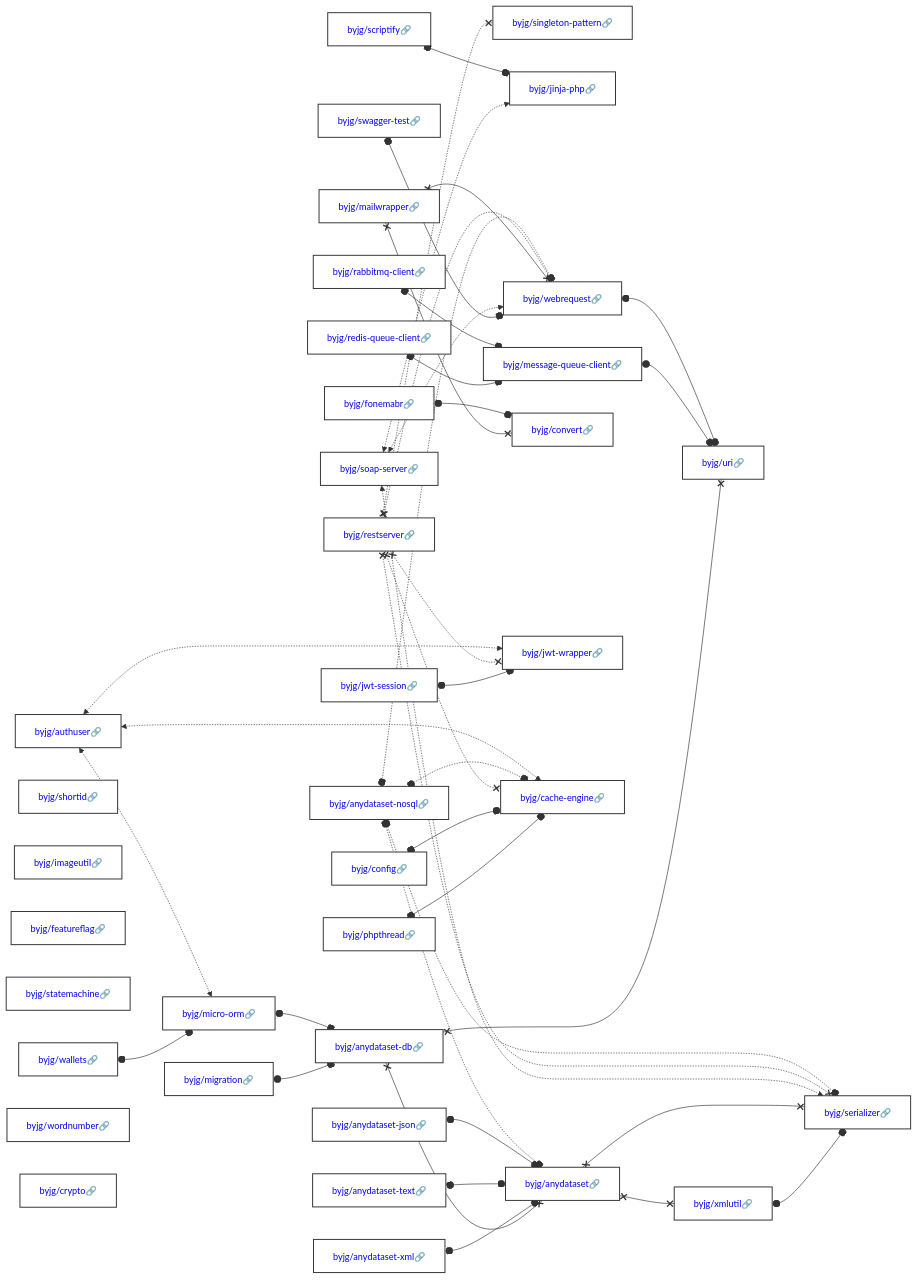
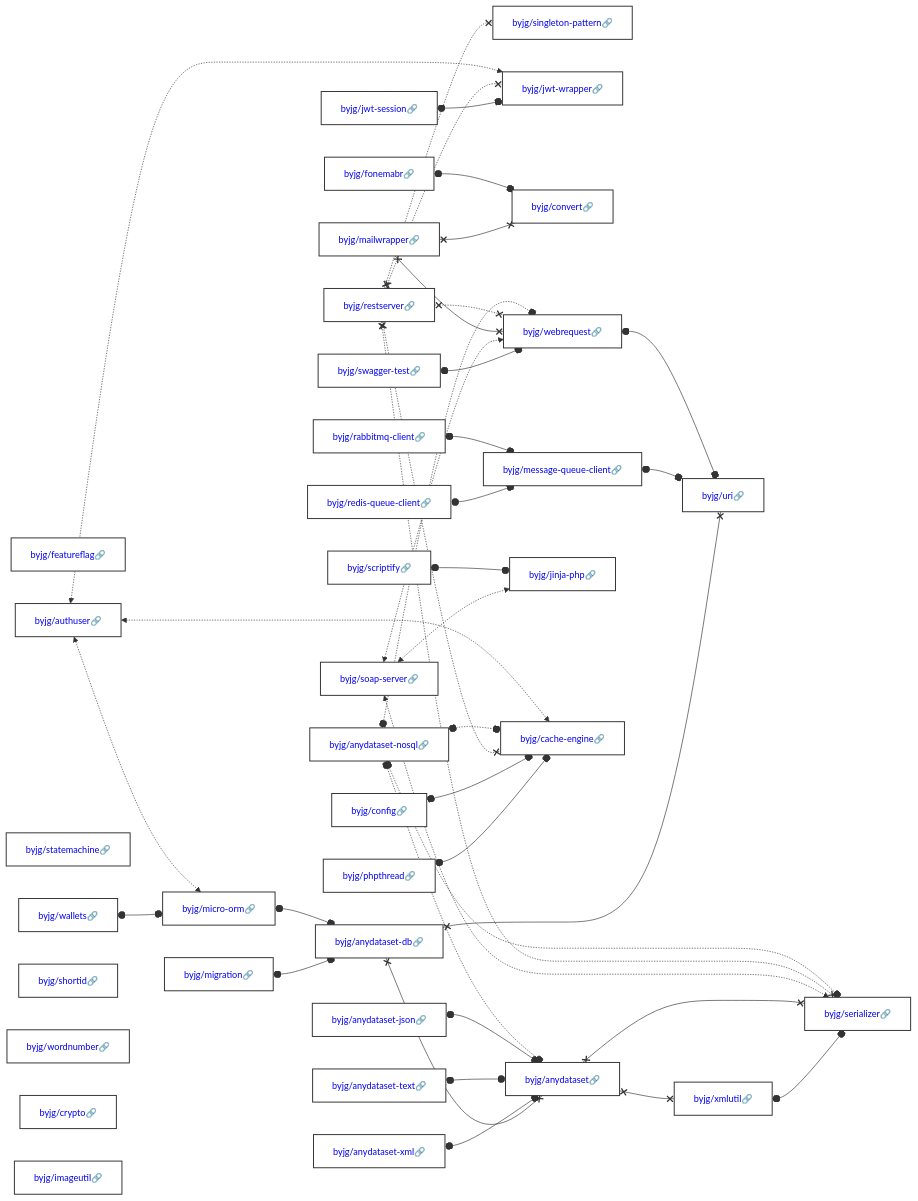
The diagram in docs/php/README.md (byjg/byjg.github.io), drawn with Mermaid before and after one commit. The commit also changed other lines of this file and 36 other files, not shown here.

Commit message:
Update documentation 'php' 'php-rest-reference-architecture'

````diff
--- a/docs/php/README.md
+++ b/docs/php/README.md
@@ -3,36 +3,36 @@
 ```mermaid
 graph LR;
+  byjg/soap-server[<a href='https://opensource.byjg.com/docs/php/soap-server' style='text-decoration:none'>byjg/soap-server🔗</a>];
+  byjg/featureflag[<a href='https://opensource.byjg.com/docs/php/featureflag' style='text-decoration:none'>byjg/featureflag🔗</a>];
   byjg/restserver[<a href='https://opensource.byjg.com/docs/php/restserver' style='text-decoration:none'>byjg/restserver🔗</a>];
-  byjg/rabbitmq-client[<a href='https://opensource.byjg.com/docs/php/rabbitmq-client' style='text-decoration:none'>byjg/rabbitmq-client🔗</a>];
+  byjg/authuser[<a href='https://opensource.byjg.com/docs/php/authuser' style='text-decoration:none'>byjg/authuser🔗</a>];
+  byjg/jwt-session[<a href='https://opensource.byjg.com/docs/php/jwt-session' style='text-decoration:none'>byjg/jwt-session🔗</a>];
+  byjg/fonemabr[<a href='https://opensource.byjg.com/docs/php/fonemabr' style='text-decoration:none'>byjg/fonemabr🔗</a>];
+  byjg/anydataset-text[<a href='https://opensource.byjg.com/docs/php/anydataset-text' style='text-decoration:none'>byjg/anydataset-text🔗</a>];
+  byjg/anydataset-json[<a href='https://opensource.byjg.com/docs/php/anydataset-json' style='text-decoration:none'>byjg/anydataset-json🔗</a>];
+  byjg/phpthread[<a href='https://opensource.byjg.com/docs/php/phpthread' style='text-decoration:none'>byjg/phpthread🔗</a>];
+  byjg/anydataset-nosql[<a href='https://opensource.byjg.com/docs/php/anydataset-nosql' style='text-decoration:none'>byjg/anydataset-nosql🔗</a>];
   byjg/mailwrapper[<a href='https://opensource.byjg.com/docs/php/mailwrapper' style='text-decoration:none'>byjg/mailwrapper🔗</a>];
-  byjg/scriptify[<a href='https://opensource.byjg.com/docs/php/scriptify' style='text-decoration:none'>byjg/scriptify🔗</a>];
-  byjg/migration[<a href='https://opensource.byjg.com/docs/php/migration' style='text-decoration:none'>byjg/migration🔗</a>];
-  byjg/authuser[<a href='https://opensource.byjg.com/docs/php/authuser' style='text-decoration:none'>byjg/authuser🔗</a>];
-  byjg/anydataset-json[<a href='https://opensource.byjg.com/docs/php/anydataset-json' style='text-decoration:none'>byjg/anydataset-json🔗</a>];
-  byjg/soap-server[<a href='https://opensource.byjg.com/docs/php/soap-server' style='text-decoration:none'>byjg/soap-server🔗</a>];
-  byjg/anydataset-nosql[<a href='https://opensource.byjg.com/docs/php/anydataset-nosql' style='text-decoration:none'>byjg/anydataset-nosql🔗</a>];
-  byjg/shortid[<a href='https://opensource.byjg.com/docs/php/shortid' style='text-decoration:none'>byjg/shortid🔗</a>];
-  byjg/imageutil[<a href='https://opensource.byjg.com/docs/php/imageutil' style='text-decoration:none'>byjg/imageutil🔗</a>];
-  byjg/redis-queue-client[<a href='https://opensource.byjg.com/docs/php/redis-queue-client' style='text-decoration:none'>byjg/redis-queue-client🔗</a>];
-  byjg/swagger-test[<a href='https://opensource.byjg.com/docs/php/swagger-test' style='text-decoration:none'>byjg/swagger-test🔗</a>];
-  byjg/config[<a href='https://opensource.byjg.com/docs/php/config' style='text-decoration:none'>byjg/config🔗</a>];
-  byjg/featureflag[<a href='https://opensource.byjg.com/docs/php/featureflag' style='text-decoration:none'>byjg/featureflag🔗</a>];
   byjg/anydataset-xml[<a href='https://opensource.byjg.com/docs/php/anydataset-xml' style='text-decoration:none'>byjg/anydataset-xml🔗</a>];
   byjg/statemachine[<a href='https://opensource.byjg.com/docs/php/statemachine' style='text-decoration:none'>byjg/statemachine🔗</a>];
-  byjg/anydataset-text[<a href='https://opensource.byjg.com/docs/php/anydataset-text' style='text-decoration:none'>byjg/anydataset-text🔗</a>];
+  byjg/redis-queue-client[<a href='https://opensource.byjg.com/docs/php/redis-queue-client' style='text-decoration:none'>byjg/redis-queue-client🔗</a>];
+  byjg/rabbitmq-client[<a href='https://opensource.byjg.com/docs/php/rabbitmq-client' style='text-decoration:none'>byjg/rabbitmq-client🔗</a>];
   byjg/wallets[<a href='https://opensource.byjg.com/docs/php/wallets' style='text-decoration:none'>byjg/wallets🔗</a>];
+  byjg/shortid[<a href='https://opensource.byjg.com/docs/php/shortid' style='text-decoration:none'>byjg/shortid🔗</a>];
   byjg/wordnumber[<a href='https://opensource.byjg.com/docs/php/wordnumber' style='text-decoration:none'>byjg/wordnumber🔗</a>];
   byjg/crypto[<a href='https://opensource.byjg.com/docs/php/crypto' style='text-decoration:none'>byjg/crypto🔗</a>];
-  byjg/fonemabr[<a href='https://opensource.byjg.com/docs/php/fonemabr' style='text-decoration:none'>byjg/fonemabr🔗</a>];
-  byjg/jwt-session[<a href='https://opensource.byjg.com/docs/php/jwt-session' style='text-decoration:none'>byjg/jwt-session🔗</a>];
-  byjg/phpthread[<a href='https://opensource.byjg.com/docs/php/phpthread' style='text-decoration:none'>byjg/phpthread🔗</a>];
+  byjg/migration[<a href='https://opensource.byjg.com/docs/php/migration' style='text-decoration:none'>byjg/migration🔗</a>];
+  byjg/swagger-test[<a href='https://opensource.byjg.com/docs/php/swagger-test' style='text-decoration:none'>byjg/swagger-test🔗</a>];
+  byjg/imageutil[<a href='https://opensource.byjg.com/docs/php/imageutil' style='text-decoration:none'>byjg/imageutil🔗</a>];
+  byjg/scriptify[<a href='https://opensource.byjg.com/docs/php/scriptify' style='text-decoration:none'>byjg/scriptify🔗</a>];
+  byjg/config[<a href='https://opensource.byjg.com/docs/php/config' style='text-decoration:none'>byjg/config🔗</a>];
   byjg/singleton-pattern[<a href='https://opensource.byjg.com/docs/php/singleton-pattern' style='text-decoration:none'>byjg/singleton-pattern🔗</a>];
+  byjg/jwt-wrapper[<a href='https://opensource.byjg.com/docs/php/jwt-wrapper' style='text-decoration:none'>byjg/jwt-wrapper🔗</a>];
+  byjg/convert[<a href='https://opensource.byjg.com/docs/php/convert' style='text-decoration:none'>byjg/convert🔗</a>];
+  byjg/message-queue-client[<a href='https://opensource.byjg.com/docs/php/message-queue-client' style='text-decoration:none'>byjg/message-queue-client🔗</a>];
+  byjg/micro-orm[<a href='https://opensource.byjg.com/docs/php/micro-orm' style='text-decoration:none'>byjg/micro-orm🔗</a>];
+  byjg/webrequest[<a href='https://opensource.byjg.com/docs/php/webrequest' style='text-decoration:none'>byjg/webrequest🔗</a>];
   byjg/jinja-php[<a href='https://opensource.byjg.com/docs/php/jinja-php' style='text-decoration:none'>byjg/jinja-php🔗</a>];
-  byjg/message-queue-client[<a href='https://opensource.byjg.com/docs/php/message-queue-client' style='text-decoration:none'>byjg/message-queue-client🔗</a>];
-  byjg/webrequest[<a href='https://opensource.byjg.com/docs/php/webrequest' style='text-decoration:none'>byjg/webrequest🔗</a>];
-  byjg/micro-orm[<a href='https://opensource.byjg.com/docs/php/micro-orm' style='text-decoration:none'>byjg/micro-orm🔗</a>];
-  byjg/convert[<a href='https://opensource.byjg.com/docs/php/convert' style='text-decoration:none'>byjg/convert🔗</a>];
-  byjg/jwt-wrapper[<a href='https://opensource.byjg.com/docs/php/jwt-wrapper' style='text-decoration:none'>byjg/jwt-wrapper🔗</a>];
   byjg/cache-engine[<a href='https://opensource.byjg.com/docs/php/cache-engine' style='text-decoration:none'>byjg/cache-engine🔗</a>];
   byjg/anydataset-db[<a href='https://opensource.byjg.com/docs/php/anydataset-db' style='text-decoration:none'>byjg/anydataset-db🔗</a>];
   byjg/anydataset[<a href='https://opensource.byjg.com/docs/php/anydataset' style='text-decoration:none'>byjg/anydataset🔗</a>];
````
